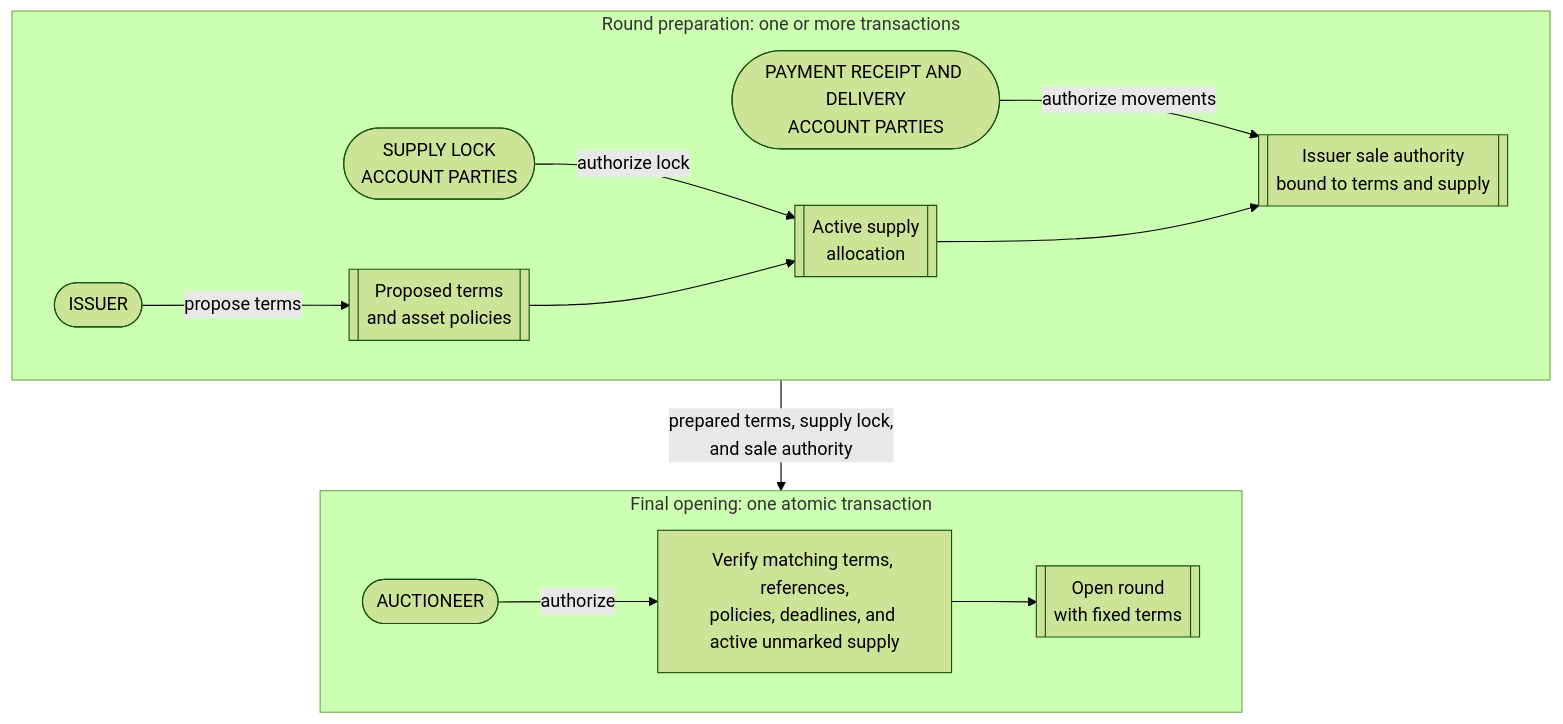
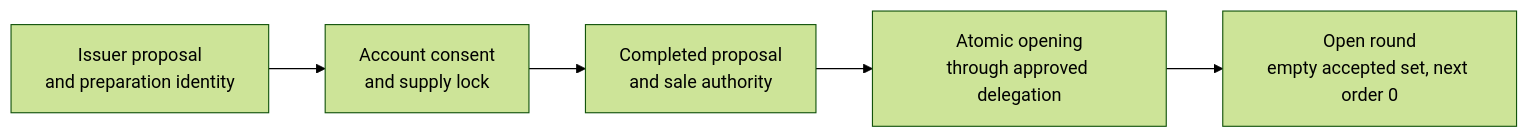
The third of 6 diagrams in docs/reference-architectures/confidential-auction.md (OpenZeppelin/canton-specs), drawn with Mermaid (forest theme) before and after one commit. The commit also changed other lines of this file, not shown here.

Commit message:
feat: full consistency pass over more descriptive flows

````diff
--- a/docs/reference-architectures/confidential-auction.md
+++ b/docs/reference-architectures/confidential-auction.md
@@ -381,30 +475,9 @@
 ```mermaid
-flowchart TB
-    subgraph Preparation["Round preparation: one or more transactions"]
-        direction LR
-        Issuer([ISSUER])
-        SupplyParties([SUPPLY LOCK<br/>ACCOUNT PARTIES])
-        SaleParties([PAYMENT RECEIPT AND DELIVERY<br/>ACCOUNT PARTIES])
-        Terms[["Proposed terms<br/>and asset policies"]]
-        Supply[["Active supply<br/>allocation"]]
-        Sale[["Issuer sale authority<br/>bound to terms and supply"]]
-
-        Issuer -->|"propose terms"| Terms
-        SupplyParties -->|"authorize lock"| Supply
-        SaleParties -->|"authorize movements"| Sale
-        Terms --> Supply
-        Supply --> Sale
-    end
-
-    subgraph Opening["Final opening: one atomic transaction"]
-        direction LR
-        Auctioneer([AUCTIONEER])
-        Verify["Verify matching terms, references,<br/>policies, deadlines, and active unmarked supply"]
-        Open[["Open round<br/>with fixed terms"]]
-
-        Auctioneer -->|"authorize"| Verify
-        Verify --> Open
-    end
-
-    Preparation -->|"prepared terms, supply lock,<br/>and sale authority"| Opening
+flowchart LR
+    Terms["Issuer proposal<br/>and preparation identity"]
+    Consent["Account consent<br/>and supply lock"]
+    Ready["Completed proposal<br/>and sale authority"]
+    Open["Atomic opening<br/>through approved delegation"]
+    Round["Open round<br/>empty accepted set, next order 0"]
+    Terms --> Consent --> Ready --> Open --> Round
 ```
````
